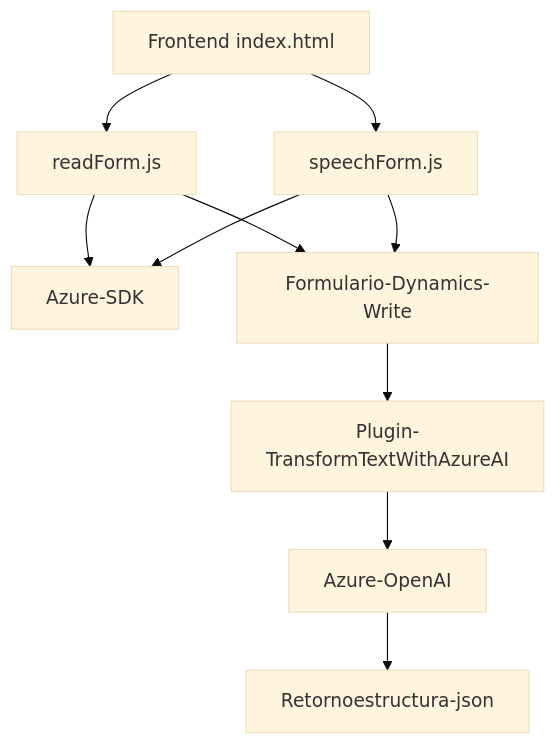
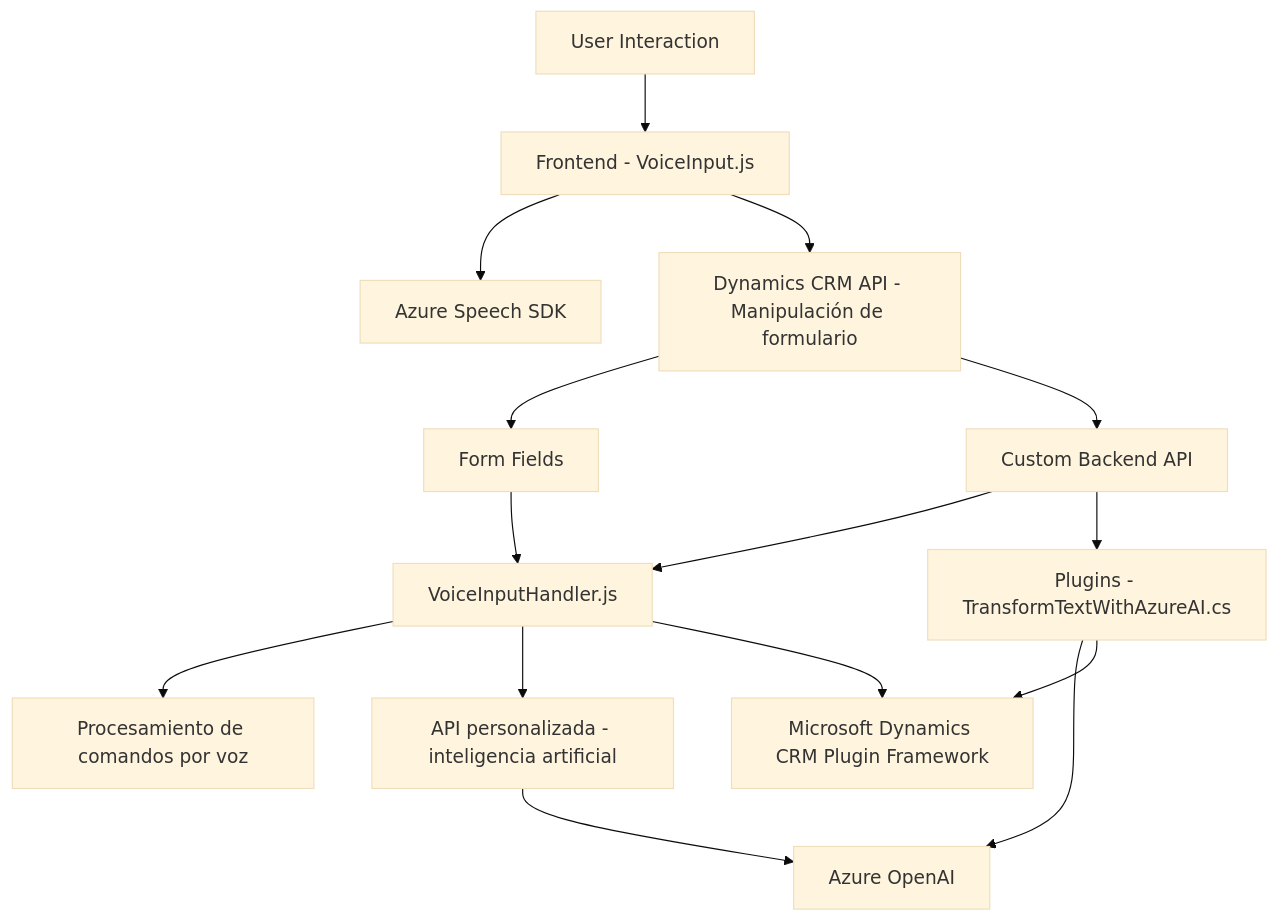
One commit to blopezdm/NETCORE_BILBAO2025 changed the diagram in README.md. Above: the diagram before and after it, drawn with Mermaid (base theme). The commit also changed other lines of this file, not shown here.

````diff
--- a/README.md
+++ b/README.md
@@ -48,12 +44,20 @@
 ```mermaid
 graph TD
-    A["Frontend index.html"] --> B["readForm.js"]
-    A["Frontend index.html"] --> C["speechForm.js"]
-    B --> D["Azure-SDK"]
-    C --> D["Azure-SDK"]
-    B --> E["Formulario-Dynamics-Read"]
-    C --> E["Formulario-Dynamics-Write"]
-    E --> F["Plugin-TransformTextWithAzureAI"]
-    F --> G["Azure-OpenAI"]
-    G --> H["Retornoestructura-json"]
+    A["User Interaction"] --> B["Frontend - VoiceInput.js"]
+    B --> C["Azure Speech SDK"]
+    B --> D["Dynamics CRM API - Manipulación de formulario"]
+    D --> E["Form Fields"]
+    D --> F["Custom Backend API"]
+
+    F --> G["VoiceInputHandler.js"]
+    G --> H["Procesamiento de comandos por voz"]
+    G --> I["API personalizada - inteligencia artificial"]
+    I --> J["Azure OpenAI"]
+
+    F --> K["Plugins - TransformTextWithAzureAI.cs"]
+    K --> J
+    K --> L["Microsoft Dynamics CRM Plugin Framework"]
+
+    E --> G
+    G --> L
 ```
````
